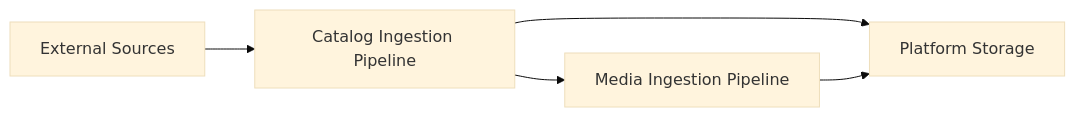
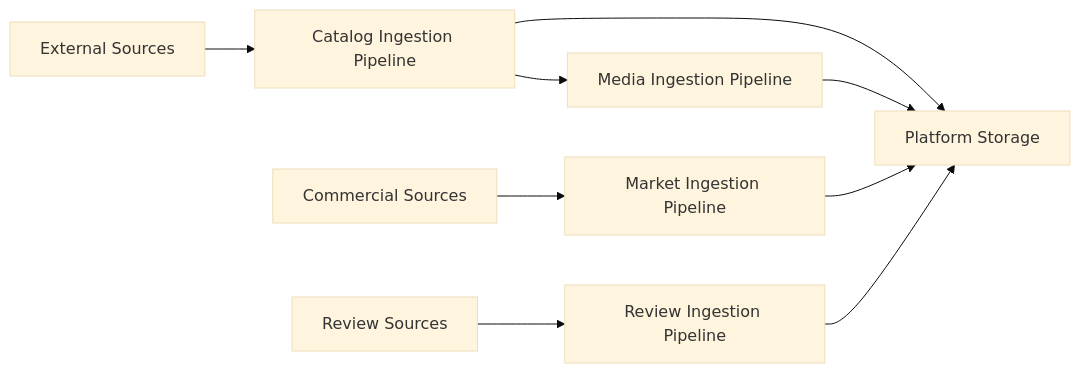
Before and after one commit to MafiaCoconut/Monstrino: the diagram in monstrino-docs/docs/pipelines/overview.md, drawn with Mermaid (base theme). The commit also changed other lines of this file and 34 other files, not shown here.

````diff
--- a/monstrino-docs/docs/pipelines/overview.md
+++ b/monstrino-docs/docs/pipelines/overview.md
@@ -34,13 +34,21 @@
 ```mermaid
 flowchart LR
 
 ExternalSources["External Sources"]
+CommercialSources["Commercial Sources"]
+ReviewSources["Review Sources"]
 CatalogPipeline["Catalog Ingestion Pipeline"]
 MediaPipeline["Media Ingestion Pipeline"]
+MarketPipeline["Market Ingestion Pipeline"]
+ReviewPipeline["Review Ingestion Pipeline"]
 Storage["Platform Storage"]
 
 ExternalSources --> CatalogPipeline
 CatalogPipeline --> Storage
 CatalogPipeline --> MediaPipeline
 MediaPipeline --> Storage
+CommercialSources --> MarketPipeline
+MarketPipeline --> Storage
+ReviewSources --> ReviewPipeline
+ReviewPipeline --> Storage
 ```
````
